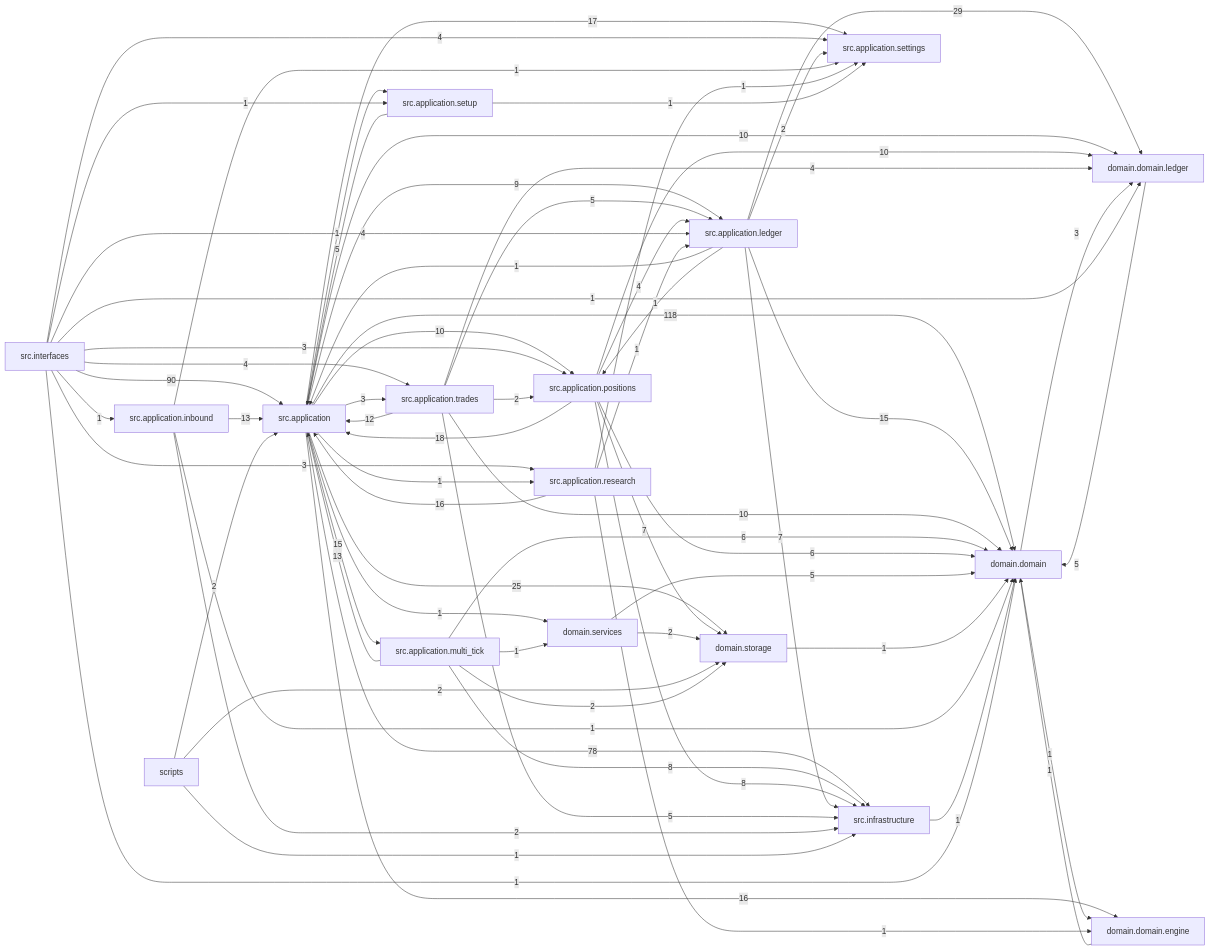
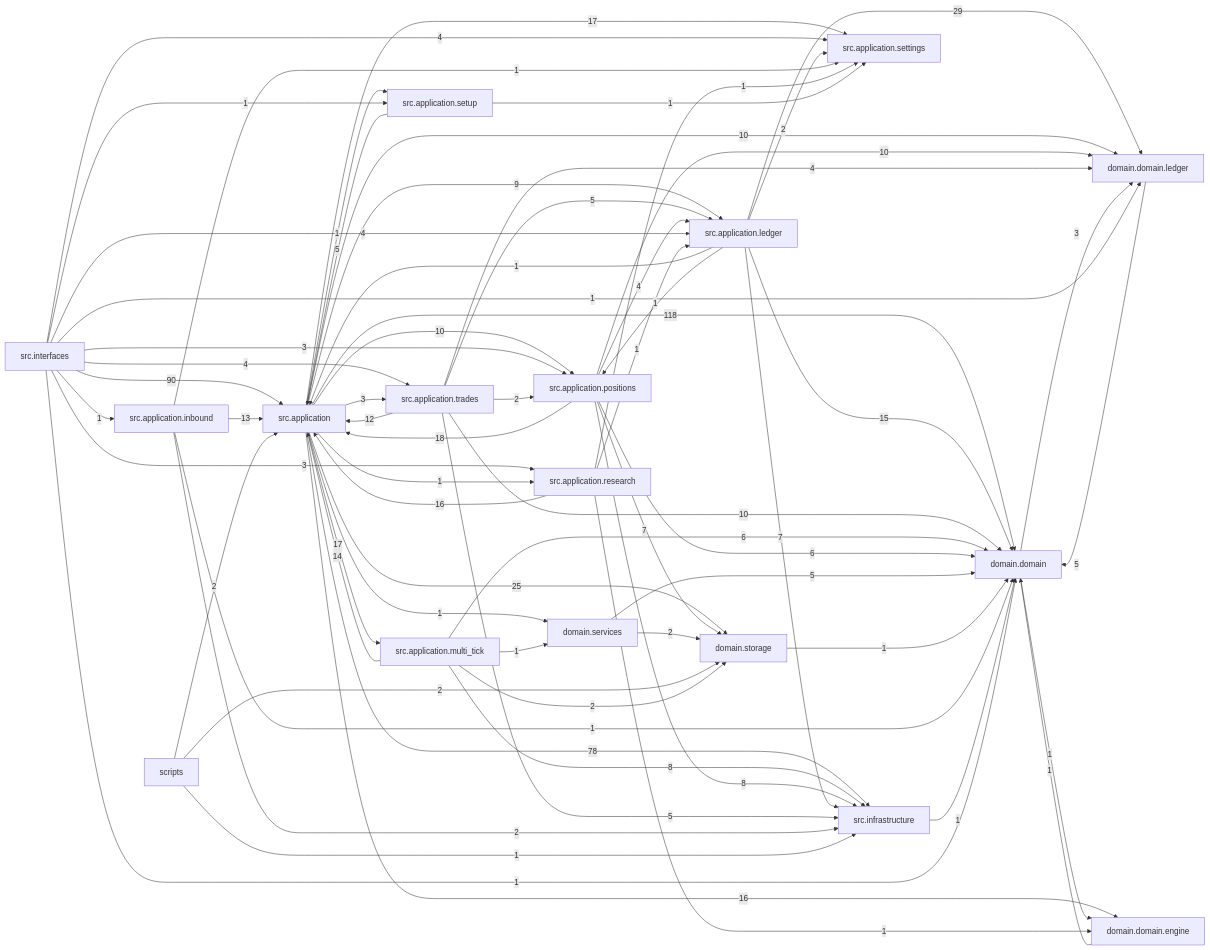
One commit to liuxie066/options-monitor changed the diagram in docs/dependency_graph.mmd. Above: the diagram before and after it, drawn with Mermaid. The commit also changed 27 other files, not shown here.

```diff
--- a/docs/dependency_graph.mmd
+++ b/docs/dependency_graph.mmd
@@ -1,68 +1,68 @@
 flowchart LR
   src_application["src.application"] -->|118| domain_domain["domain.domain"]
   src_interfaces["src.interfaces"] -->|90| src_application["src.application"]
   src_application["src.application"] -->|78| src_infrastructure["src.infrastructure"]
   src_application_ledger["src.application.ledger"] -->|29| domain_domain_ledger["domain.domain.ledger"]
   src_application["src.application"] -->|25| domain_storage["domain.storage"]
   src_application_positions["src.application.positions"] -->|18| src_application["src.application"]
+  src_application["src.application"] -->|17| src_application_multi_tick["src.application.multi_tick"]
   src_application["src.application"] -->|17| src_application_settings["src.application.settings"]
   src_application["src.application"] -->|16| domain_domain_engine["domain.domain.engine"]
   src_application_research["src.application.research"] -->|16| src_application["src.application"]
-  src_application["src.application"] -->|15| src_application_multi_tick["src.application.multi_tick"]
   src_application_ledger["src.application.ledger"] -->|15| domain_domain["domain.domain"]
+  src_application_multi_tick["src.application.multi_tick"] -->|14| src_application["src.application"]
   src_application_inbound["src.application.inbound"] -->|13| src_application["src.application"]
-  src_application_multi_tick["src.application.multi_tick"] -->|13| src_application["src.application"]
   src_application_trades["src.application.trades"] -->|12| src_application["src.application"]
   src_application["src.application"] -->|10| domain_domain_ledger["domain.domain.ledger"]
   src_application["src.application"] -->|10| src_application_positions["src.application.positions"]
   src_application_positions["src.application.positions"] -->|10| domain_domain_ledger["domain.domain.ledger"]
   src_application_trades["src.application.trades"] -->|10| domain_domain["domain.domain"]
   src_application["src.application"] -->|9| src_application_ledger["src.application.ledger"]
   src_application_multi_tick["src.application.multi_tick"] -->|8| src_infrastructure["src.infrastructure"]
   src_application_positions["src.application.positions"] -->|8| src_infrastructure["src.infrastructure"]
   src_application_ledger["src.application.ledger"] -->|7| src_infrastructure["src.infrastructure"]
   src_application_positions["src.application.positions"] -->|7| domain_storage["domain.storage"]
   src_application_multi_tick["src.application.multi_tick"] -->|6| domain_domain["domain.domain"]
   src_application_positions["src.application.positions"] -->|6| domain_domain["domain.domain"]
   domain_domain_ledger["domain.domain.ledger"] -->|5| domain_domain["domain.domain"]
   domain_services["domain.services"] -->|5| domain_domain["domain.domain"]
   src_application_setup["src.application.setup"] -->|5| src_application["src.application"]
   src_application_trades["src.application.trades"] -->|5| src_application_ledger["src.application.ledger"]
   src_application_trades["src.application.trades"] -->|5| src_infrastructure["src.infrastructure"]
   src_application_positions["src.application.positions"] -->|4| src_application_ledger["src.application.ledger"]
   src_application_trades["src.application.trades"] -->|4| domain_domain_ledger["domain.domain.ledger"]
   src_interfaces["src.interfaces"] -->|4| src_application_ledger["src.application.ledger"]
   src_interfaces["src.interfaces"] -->|4| src_application_settings["src.application.settings"]
   src_interfaces["src.interfaces"] -->|4| src_application_trades["src.application.trades"]
   domain_domain["domain.domain"] -->|3| domain_domain_ledger["domain.domain.ledger"]
   src_application["src.application"] -->|3| src_application_trades["src.application.trades"]
   src_interfaces["src.interfaces"] -->|3| src_application_positions["src.application.positions"]
   src_interfaces["src.interfaces"] -->|3| src_application_research["src.application.research"]
   domain_services["domain.services"] -->|2| domain_storage["domain.storage"]
   scripts["scripts"] -->|2| domain_storage["domain.storage"]
   scripts["scripts"] -->|2| src_application["src.application"]
   src_application_inbound["src.application.inbound"] -->|2| src_infrastructure["src.infrastructure"]
   src_application_ledger["src.application.ledger"] -->|2| src_application_settings["src.application.settings"]
   src_application_multi_tick["src.application.multi_tick"] -->|2| domain_storage["domain.storage"]
   src_application_trades["src.application.trades"] -->|2| src_application_positions["src.application.positions"]
   domain_domain["domain.domain"] -->|1| domain_domain_engine["domain.domain.engine"]
   domain_domain_engine["domain.domain.engine"] -->|1| domain_domain["domain.domain"]
   domain_storage["domain.storage"] -->|1| domain_domain["domain.domain"]
   scripts["scripts"] -->|1| src_infrastructure["src.infrastructure"]
   src_application["src.application"] -->|1| domain_services["domain.services"]
   src_application["src.application"] -->|1| src_application_research["src.application.research"]
   src_application["src.application"] -->|1| src_application_setup["src.application.setup"]
   src_application_inbound["src.application.inbound"] -->|1| domain_domain["domain.domain"]
   src_application_inbound["src.application.inbound"] -->|1| src_application_settings["src.application.settings"]
   src_application_ledger["src.application.ledger"] -->|1| src_application["src.application"]
   src_application_ledger["src.application.ledger"] -->|1| src_application_positions["src.application.positions"]
   src_application_multi_tick["src.application.multi_tick"] -->|1| domain_services["domain.services"]
   src_application_research["src.application.research"] -->|1| domain_domain_engine["domain.domain.engine"]
   src_application_research["src.application.research"] -->|1| src_application_ledger["src.application.ledger"]
   src_application_research["src.application.research"] -->|1| src_application_settings["src.application.settings"]
   src_application_setup["src.application.setup"] -->|1| src_application_settings["src.application.settings"]
   src_infrastructure["src.infrastructure"] -->|1| domain_domain["domain.domain"]
   src_interfaces["src.interfaces"] -->|1| domain_domain["domain.domain"]
   src_interfaces["src.interfaces"] -->|1| domain_domain_ledger["domain.domain.ledger"]
   src_interfaces["src.interfaces"] -->|1| src_application_inbound["src.application.inbound"]
   src_interfaces["src.interfaces"] -->|1| src_application_setup["src.application.setup"]
```
